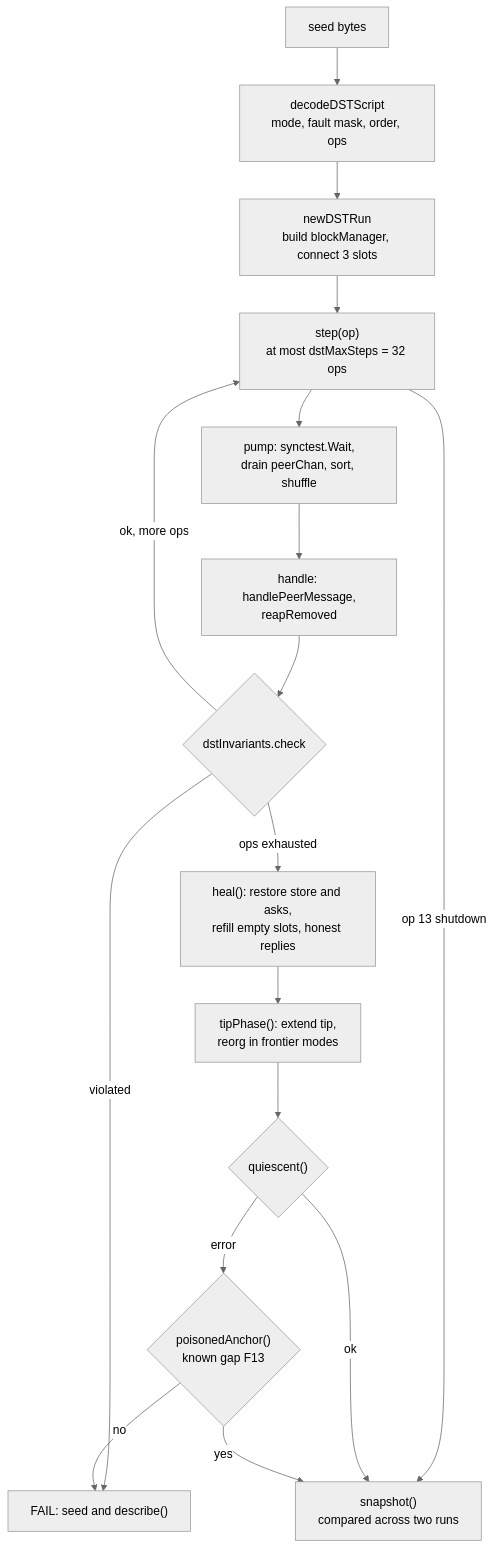
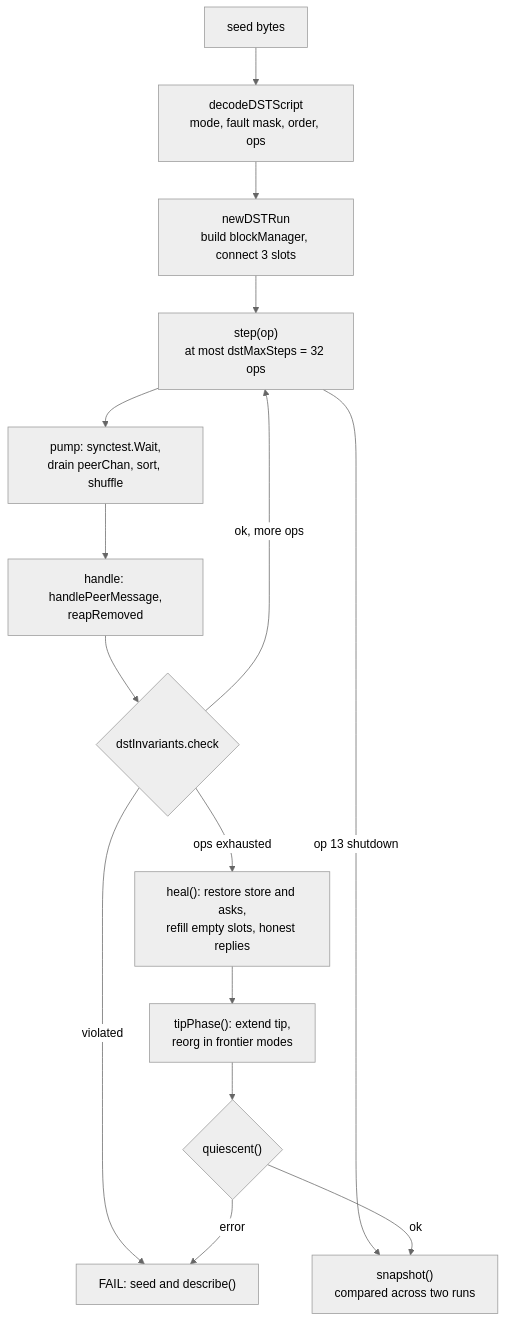
The second of 6 diagrams in docs/deterministic-sync-testing.md (lightninglabs/neutrino), drawn with Mermaid (neutral theme) before and after one commit. The commit also changed other lines of this file and 2 other files, not shown here.

````diff
--- a/docs/deterministic-sync-testing.md
+++ b/docs/deterministic-sync-testing.md
@@ -155,26 +155,23 @@
 ```mermaid
 flowchart TB
     seed["seed bytes"]
     decode["decodeDSTScript<br/>mode, fault mask, order, ops"]
     setup["newDSTRun<br/>build blockManager, connect 3 slots"]
     step["step(op)<br/>at most dstMaxSteps = 32 ops"]
     pump["pump: synctest.Wait,<br/>drain peerChan, sort, shuffle"]
     handle["handle: handlePeerMessage,<br/>reapRemoved"]
     check{"dstInvariants.check"}
     heal["heal(): restore store and asks,<br/>refill empty slots, honest replies"]
     tip["tipPhase(): extend tip,<br/>reorg in frontier modes"]
     quiet{"quiescent()"}
-    poisoned{"poisonedAnchor()<br/>known gap F13"}
     snap["snapshot()<br/>compared across two runs"]
     fail["FAIL: seed and describe()"]
 
     seed --> decode --> setup --> step --> pump --> handle --> check
     check -- "violated" --> fail
     check -- "ok, more ops" --> step
     check -- "ops exhausted" --> heal --> tip --> quiet
     step -- "op 13 shutdown" --> snap
     quiet -- "ok" --> snap
-    quiet -- "error" --> poisoned
-    poisoned -- "yes" --> snap
-    poisoned -- "no" --> fail
+    quiet -- "error" --> fail
 ```
````
